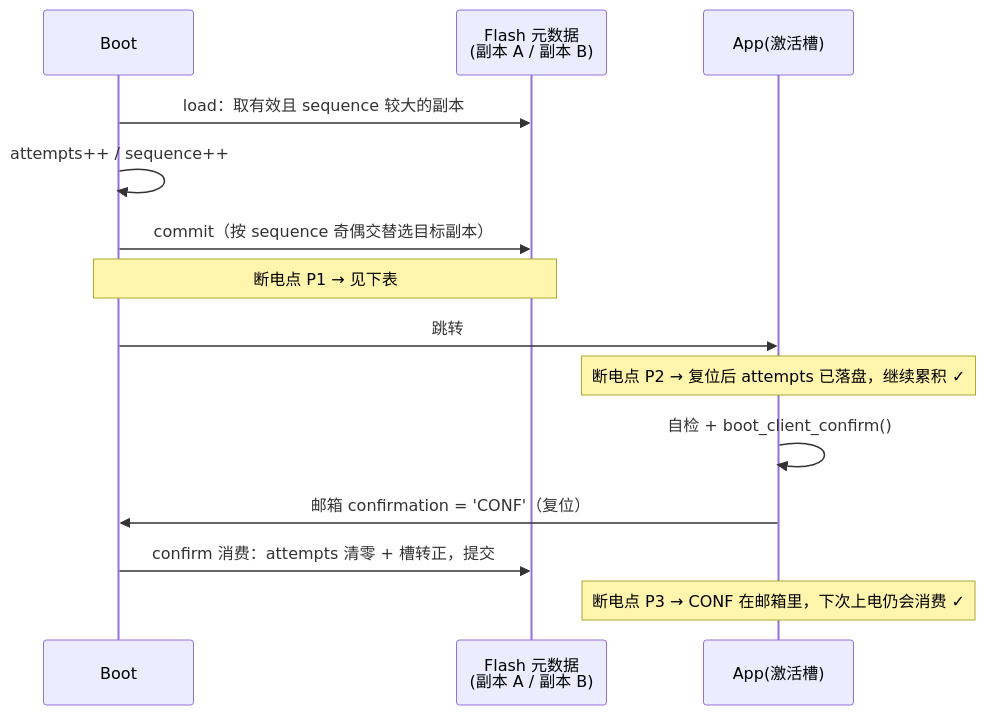
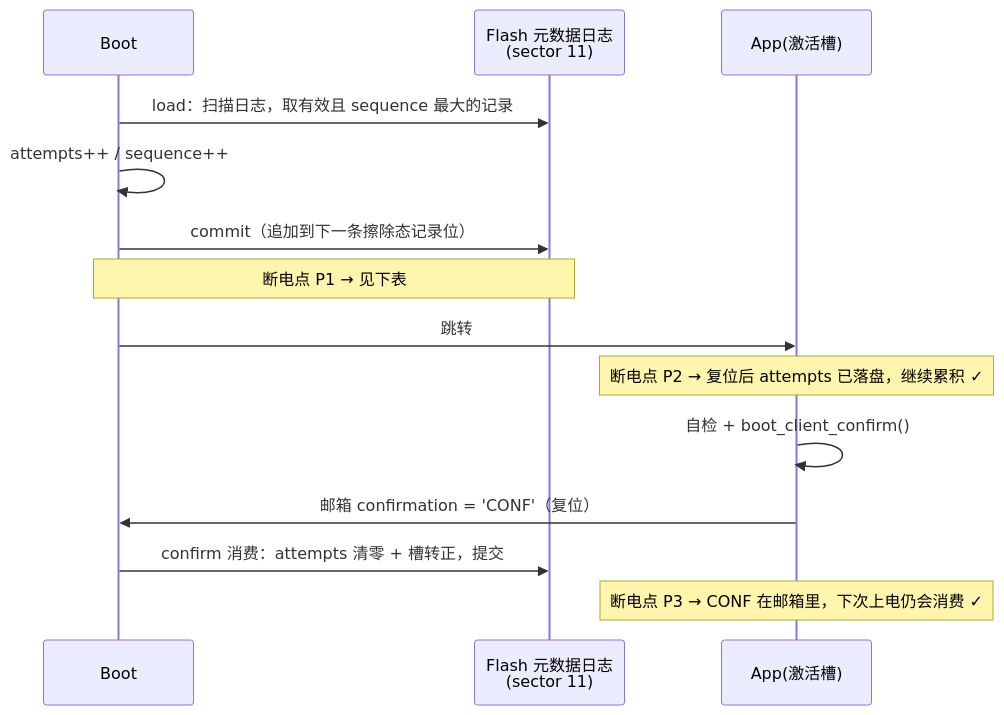
One commit to 1duck-duck1/cortex-m-ota-boot changed the diagram in docs/04-boot-implementation.md. Above: the diagram before and after it, drawn with Mermaid. The commit also changed other lines of this file and 14 other files, not shown here.

````diff
--- a/docs/04-boot-implementation.md
+++ b/docs/04-boot-implementation.md
@@ -210,17 +210,17 @@
 ```mermaid
 sequenceDiagram
     participant B as Boot
-    participant F as Flash 元数据<br/>(副本 A / 副本 B)
+    participant F as Flash 元数据日志<br/>(sector 11)
     participant A as App(激活槽)
 
-    B->>F: load：取有效且 sequence 较大的副本
+    B->>F: load：扫描日志，取有效且 sequence 最大的记录
     B->>B: attempts++ / sequence++
-    B->>F: commit（按 sequence 奇偶交替选目标副本）
+    B->>F: commit（追加到下一条擦除态记录位）
     Note over B,F: 断电点 P1 → 见下表
     B->>A: 跳转
     Note over A: 断电点 P2 → 复位后 attempts 已落盘，继续累积 ✓
     A->>A: 自检 + boot_client_confirm()
     A->>B: 邮箱 confirmation = 'CONF'（复位）
     B->>F: confirm 消费：attempts 清零 + 槽转正，提交
     Note over A: 断电点 P3 → CONF 在邮箱里，下次上电仍会消费 ✓
 ```
````
